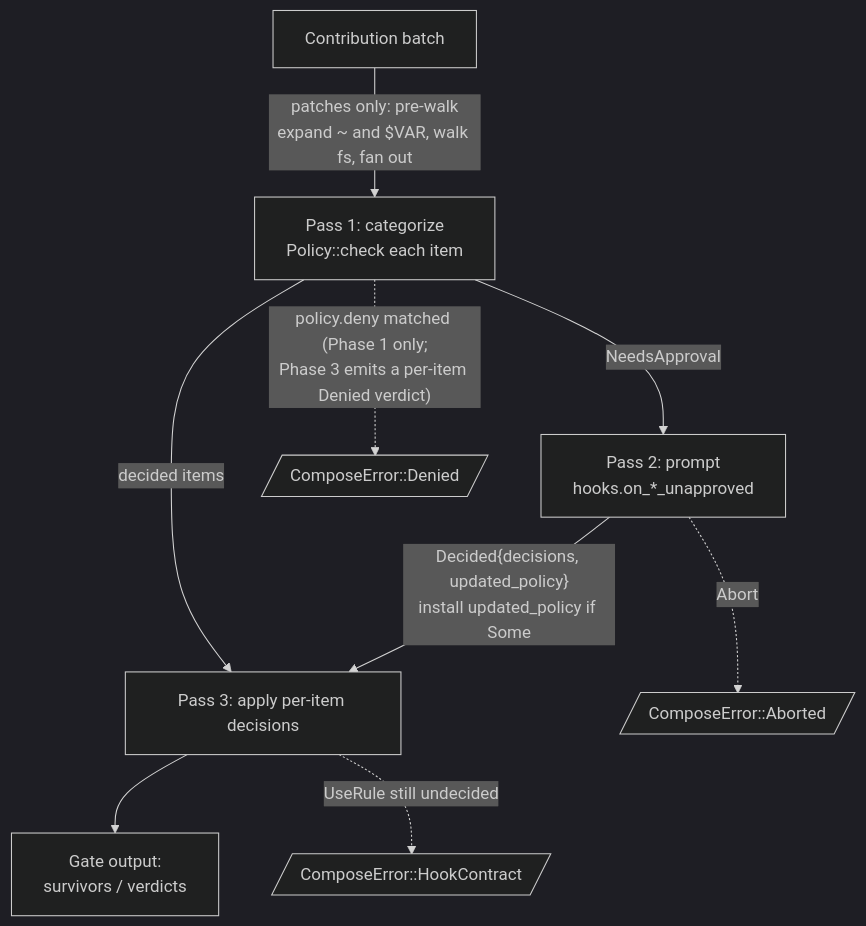
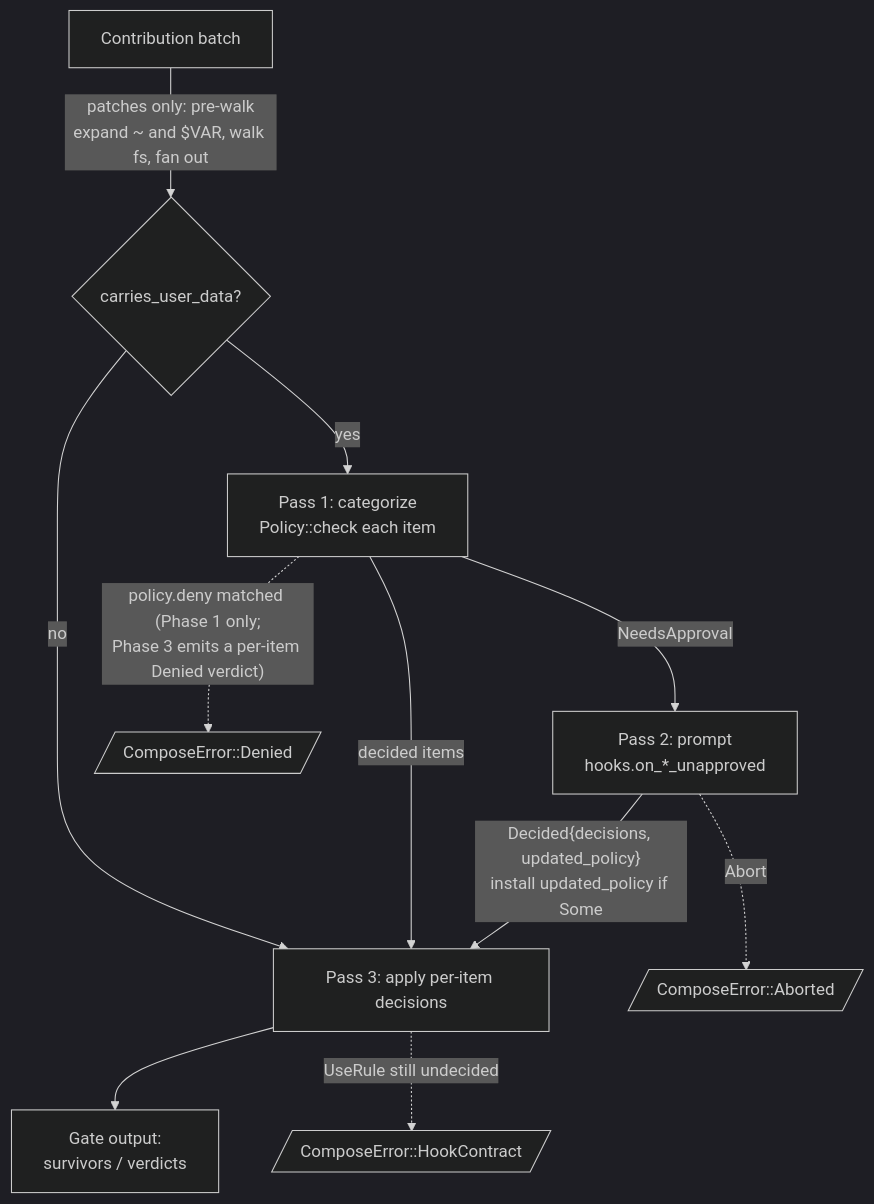
One commit to gominimal/minimal changed the second of 2 diagrams in crates/sessions/docs/COMPOSITION.md. Above: the diagram before and after it, drawn with Mermaid (dark theme). The commit also changed other lines of this file and 31 other files, not shown here.

````diff
--- a/crates/sessions/docs/COMPOSITION.md
+++ b/crates/sessions/docs/COMPOSITION.md
@@ -218,24 +305,27 @@
 ```mermaid
 flowchart TD
     C[Contribution batch]
+    S{carries_user_data?}
     P1[Pass 1: categorize<br/>Policy::check each item]
     P2[Pass 2: prompt<br/>hooks.on_*_unapproved]
     P3[Pass 3: apply per-item decisions]
     Out[Gate output:<br/>survivors / verdicts]
 
     AE[/ComposeError::Aborted/]
     DE[/ComposeError::Denied/]
     HC[/ComposeError::HookContract/]
 
-    C -->|"patches only: pre-walk<br/>expand ~ and $VAR, walk fs, fan out"| P1
+    C -->|"patches only: pre-walk<br/>expand ~ and $VAR, walk fs, fan out"| S
+    S -->|no| P3
+    S -->|yes| P1
 
     P1 -->|NeedsApproval| P2
     P1 -->|decided items| P3
     P1 -.->|"policy.deny matched (Phase 1 only;<br/>Phase 3 emits a per-item Denied verdict)"| DE
 
     P2 -->|"Decided{decisions, updated_policy}<br/>install updated_policy if Some"| P3
     P2 -.->|Abort| AE
 
     P3 --> Out
     P3 -.->|"UseRule still undecided"| HC
 ```
````
